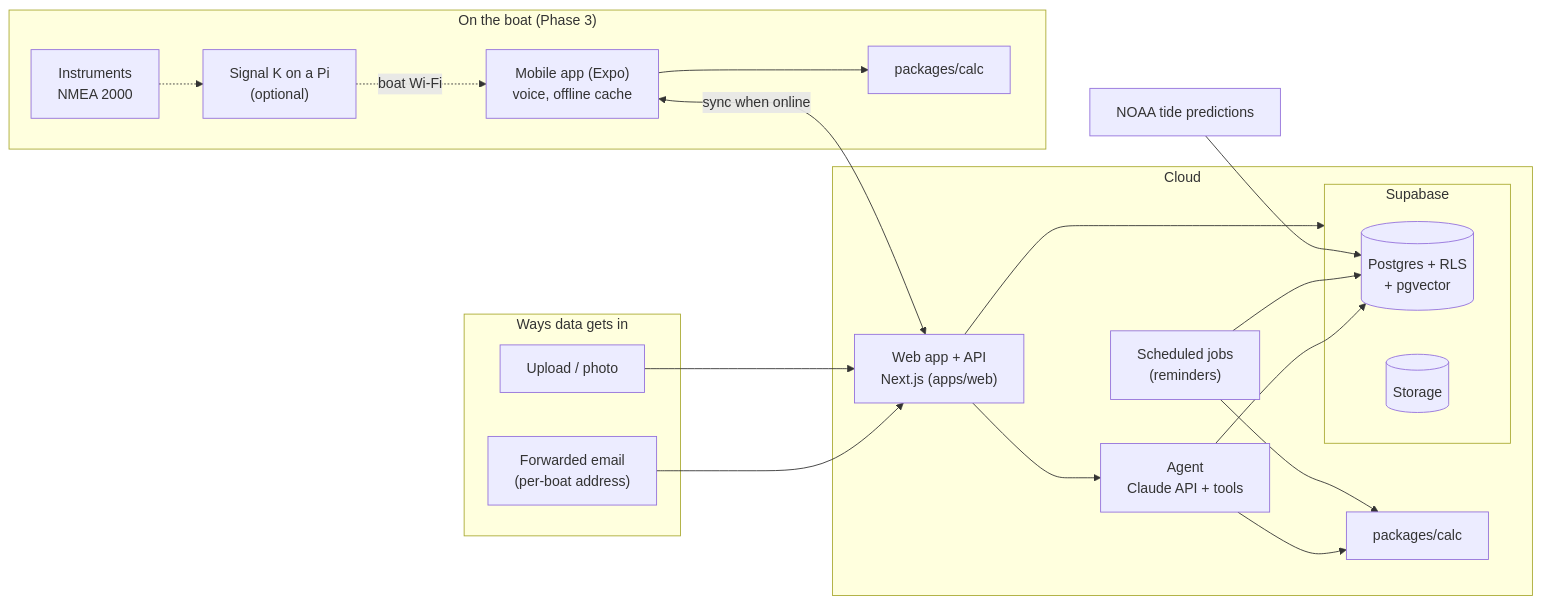
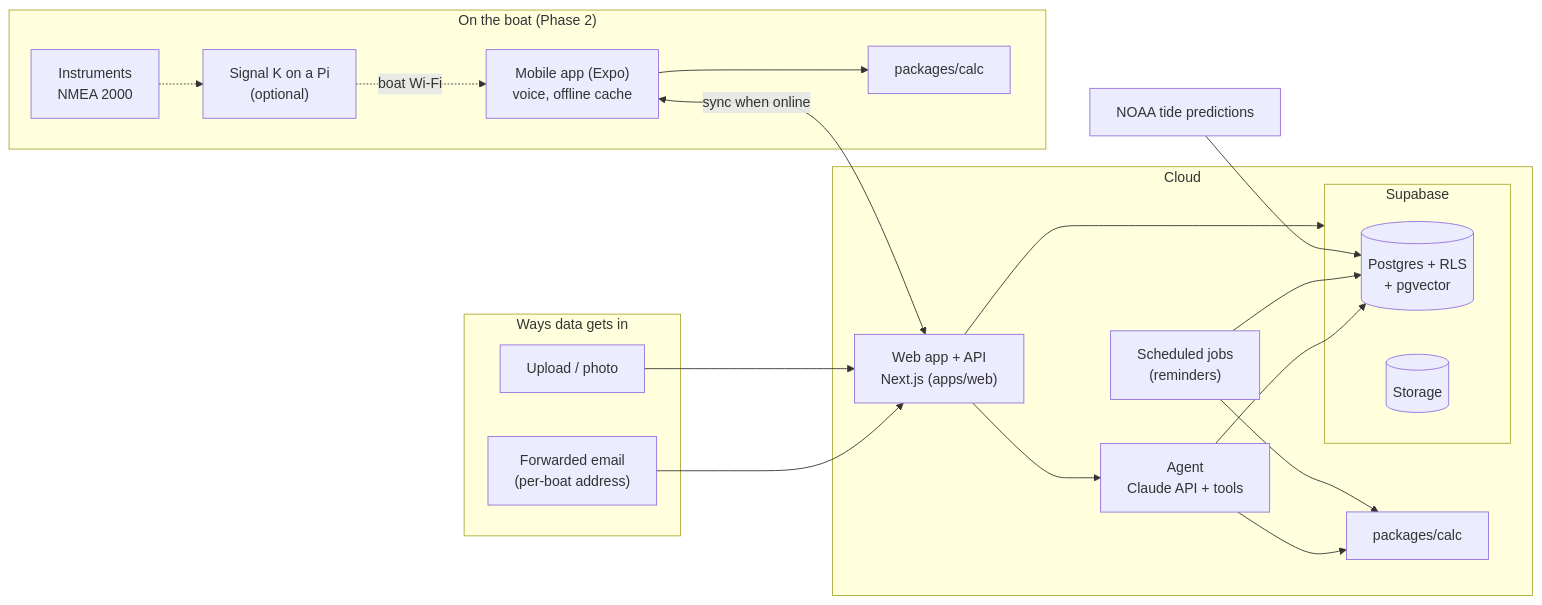
One commit to heynewton/newton changed the first of 5 diagrams in docs/architecture.md. Above: the diagram before and after it, drawn with Mermaid. The commit also changed other lines of this file and 3 other files, not shown here.

````diff
--- a/docs/architecture.md
+++ b/docs/architecture.md
@@ -29,40 +29,40 @@
 ```mermaid
 flowchart LR
   subgraph In["Ways data gets in"]
     Email["Forwarded email<br/>(per-boat address)"]
     Upload["Upload / photo"]
   end
 
   subgraph Cloud["Cloud"]
     Web["Web app + API<br/>Next.js (apps/web)"]
     Agent["Agent<br/>Claude API + tools"]
     Calc1["packages/calc"]
     subgraph Supa["Supabase"]
       DB[("Postgres + RLS<br/>+ pgvector")]
       Files[("Storage")]
     end
     Jobs["Scheduled jobs<br/>(reminders)"]
   end
 
-  subgraph Boat["On the boat (Phase 3)"]
+  subgraph Boat["On the boat (Phase 2)"]
     Phone["Mobile app (Expo)<br/>voice, offline cache"]
     Calc2["packages/calc"]
     SK["Signal K on a Pi<br/>(optional)"]
     Instr["Instruments<br/>NMEA 2000"]
   end
 
   NOAA["NOAA tide predictions"]
 
   Email --> Web
   Upload --> Web
   Web --> Supa
   Web --> Agent
   Agent --> Calc1
   Agent --> DB
   Jobs --> DB
   Jobs --> Calc1
   NOAA --> DB
   Phone <-->|sync when online| Web
   Phone --> Calc2
   Instr -.-> SK -.->|boat Wi-Fi| Phone
 ```
````
